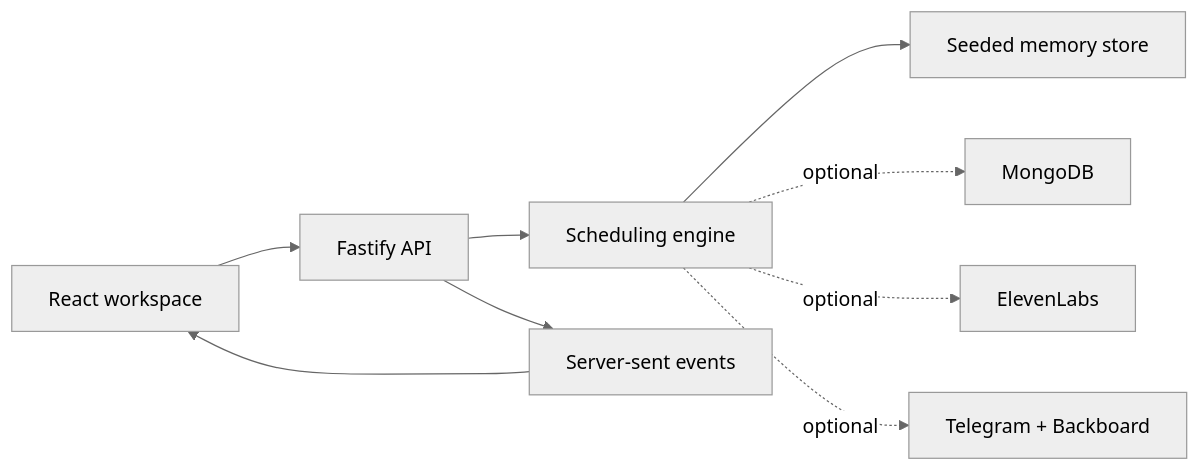
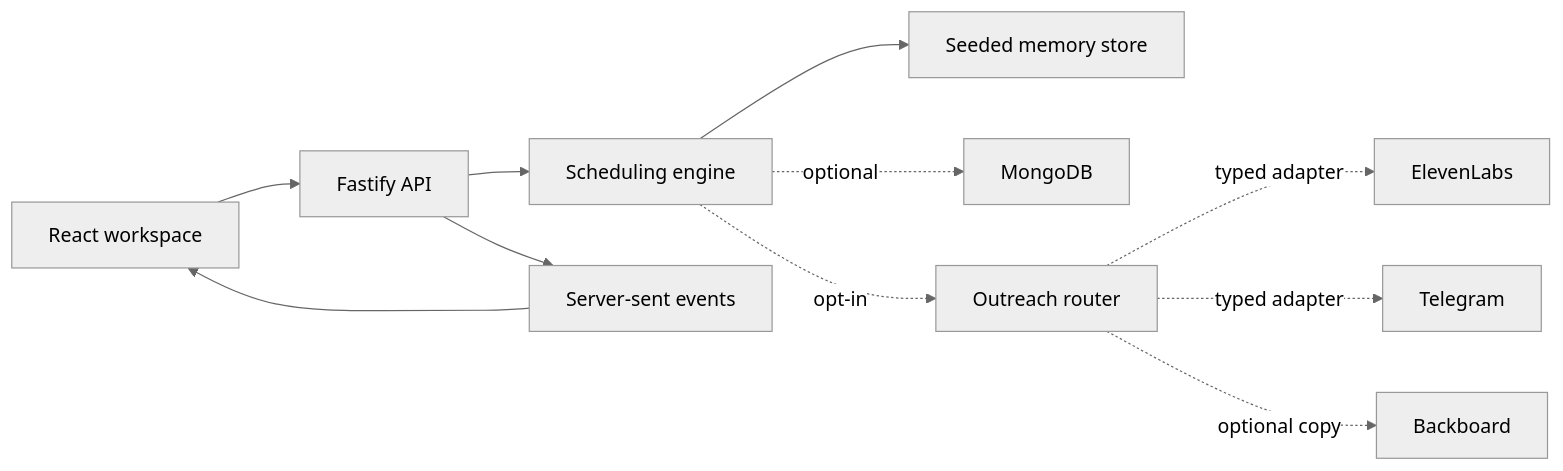
The diagram in README.md (EvanJYHe/standby), drawn with Mermaid (neutral theme) before and after one commit. The commit also changed other lines of this file and 26 other files, not shown here.

Commit message:
refactor: decouple voice outreach from demo data

````diff
--- a/README.md
+++ b/README.md
@@ -31,11 +31,13 @@
 ```mermaid
 flowchart LR
     WEB["React workspace"] --> API["Fastify API"]
     API --> ENGINE["Scheduling engine"]
     ENGINE --> DEMO["Seeded memory store"]
     ENGINE -. optional .-> MONGO["MongoDB"]
-    ENGINE -. optional .-> VOICE["ElevenLabs"]
-    ENGINE -. optional .-> CHAT["Telegram + Backboard"]
+    ENGINE -. opt-in .-> ROUTER["Outreach router"]
+    ROUTER -. typed adapter .-> VOICE["ElevenLabs"]
+    ROUTER -. typed adapter .-> CHAT["Telegram"]
+    ROUTER -. optional copy .-> COPY["Backboard"]
     API --> EVENTS["Server-sent events"]
     EVENTS --> WEB
 ```
````
